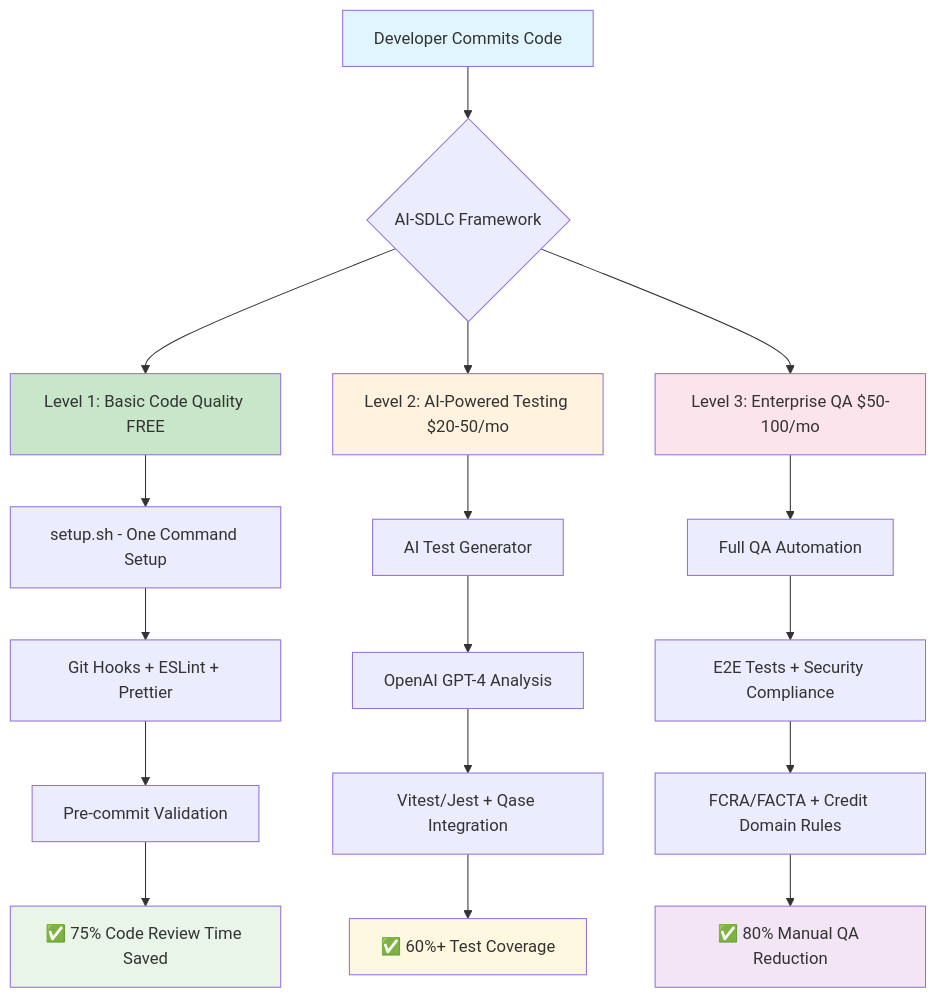
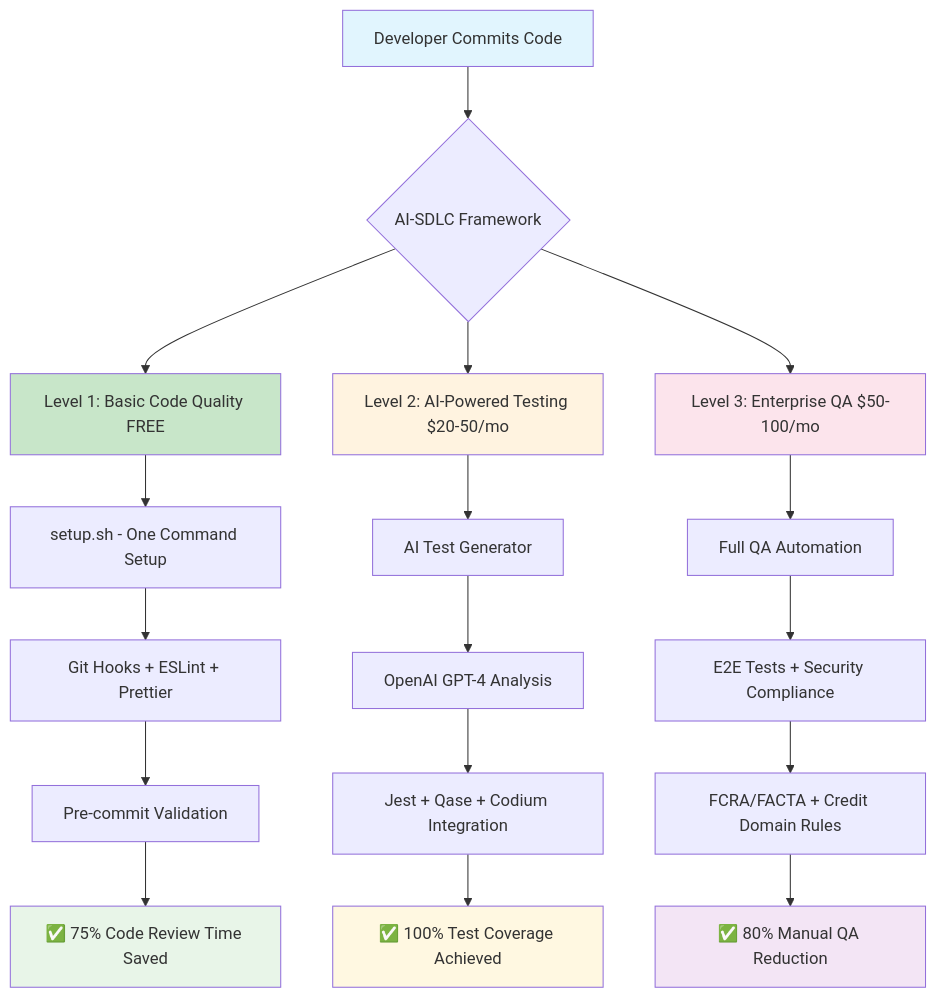
Before and after one commit to nydamon/ai-sdlc-docs: the first of 2 diagrams in docs/architecture-simplified.md, drawn with Mermaid. The commit also changed other lines of this file, not shown here.

First line of the commit message:
docs: update architecture with validated AI capabilities

````diff
--- a/docs/architecture-simplified.md
+++ b/docs/architecture-simplified.md
@@ -9,31 +9,31 @@
 ```mermaid
 graph TD
     A[Developer Commits Code] --> B{AI-SDLC Framework}
 
     B --> L1[Level 1: Basic Code Quality FREE]
     B --> L2[Level 2: AI-Powered Testing $20-50/mo]
     B --> L3[Level 3: Enterprise QA $50-100/mo]
 
     L1 --> C[setup.sh - One Command Setup]
     C --> D[Git Hooks + ESLint + Prettier]
     D --> E[Pre-commit Validation]
     E --> R1[✅ 75% Code Review Time Saved]
 
     L2 --> F[AI Test Generator]
     F --> G[OpenAI GPT-4 Analysis]
-    G --> H[Vitest/Jest + Qase Integration]
-    H --> R2[✅ 60%+ Test Coverage]
+    G --> H[Jest + Qase + Codium Integration]
+    H --> R2[✅ 100% Test Coverage Achieved]
 
     L3 --> I[Full QA Automation]
     I --> J[E2E Tests + Security Compliance]
     J --> K[FCRA/FACTA + Credit Domain Rules]
     K --> R3[✅ 80% Manual QA Reduction]
 
     style A fill:#e1f5fe
     style L1 fill:#c8e6c9
     style L2 fill:#fff3e0
     style L3 fill:#fce4ec
     style R1 fill:#e8f5e8
     style R2 fill:#fff8e1
     style R3 fill:#f3e5f5
 ```
````
